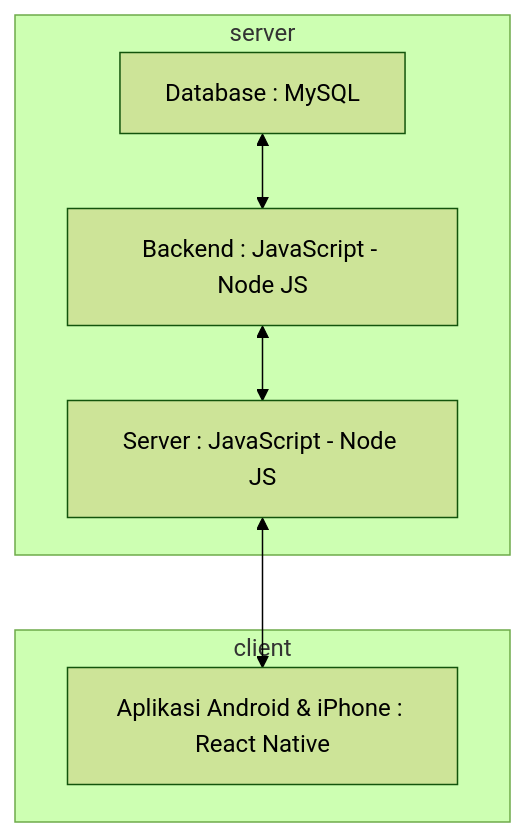
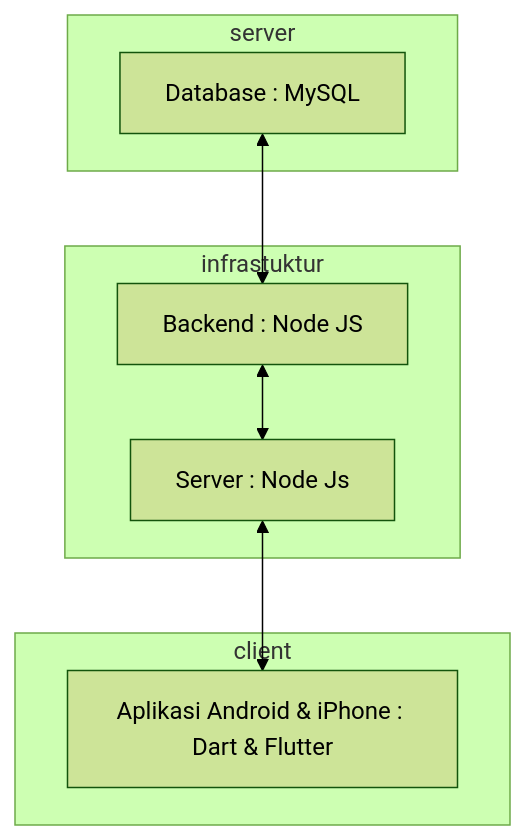
The second of 2 diagrams in AJS.md (joelaey/Design), drawn with Mermaid (forest theme) before and after one commit. The commit also changed other lines of this file, not shown here.

````diff
--- a/AJS.md
+++ b/AJS.md
@@ -104,11 +104,17 @@
 ```mermaid
-  flowchart TD
-    subgraph server
-         A[Database : MySQL] <-->B[Backend : JavaScript - Node JS]
-         B <--> C[Server : JavaScript - Node JS]
+
+    flowchart TD
+
+     subgraph server
+         A[Database : MySQL]
+    end
+
+    subgraph infrastuktur
+         A <--> B[Backend : Node JS] <--> C[Server : Node Js]
     end
 
     subgraph client
-         C <-->D[Aplikasi Android & iPhone : React Native]
+         C <--> D[Aplikasi Android & iPhone : Dart & Flutter]
     end
+
 ```
````
